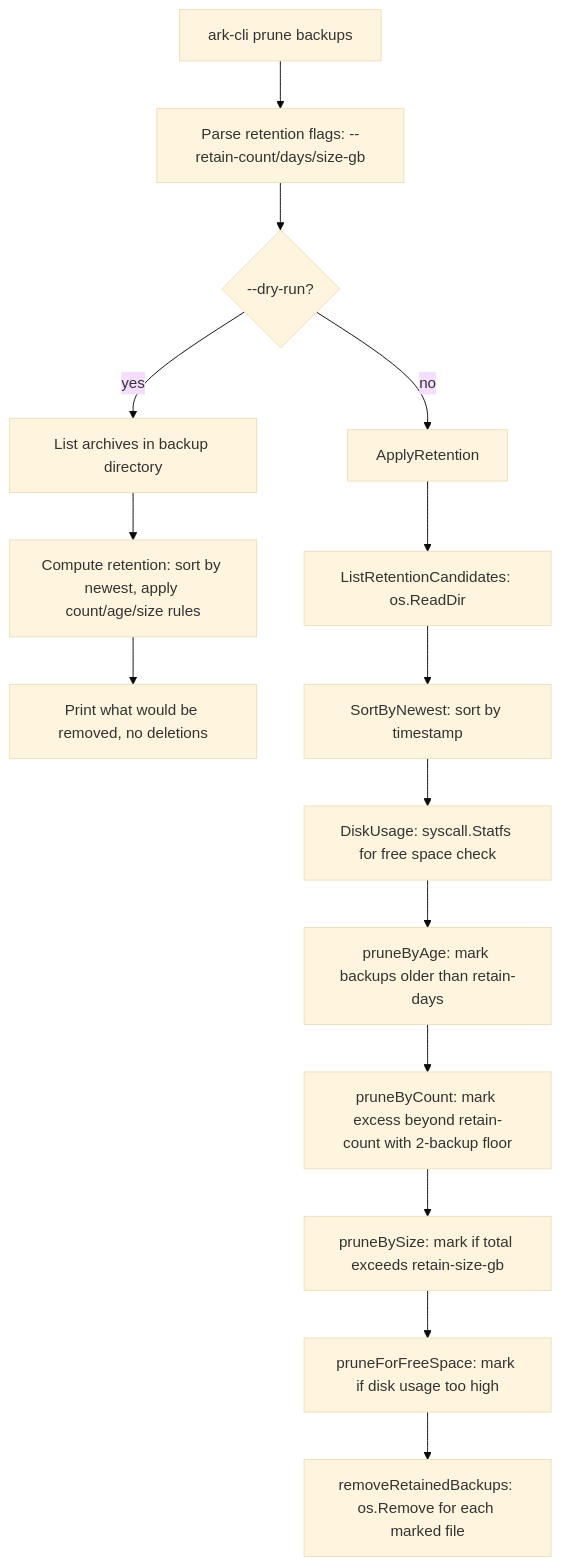
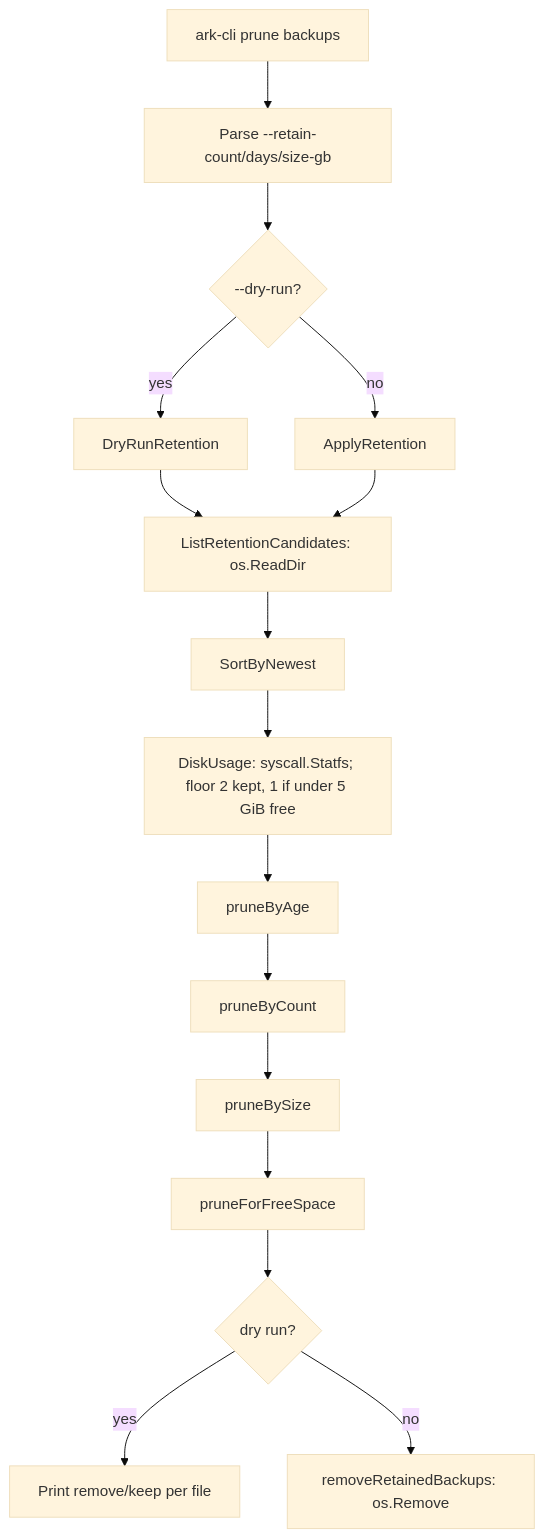
Before and after one commit to bryanwieg/arkascended-server: diagram 12 of 12 in docs/dev/reference/runtime-call-graph.md, drawn with Mermaid (base theme). The commit also changed other lines of this file and 38 other files, not shown here.

````diff
--- a/docs/dev/reference/runtime-call-graph.md
+++ b/docs/dev/reference/runtime-call-graph.md
@@ -306,19 +322,18 @@
 ```mermaid
 flowchart TD
-    A[ark-cli prune backups] --> B[Parse retention flags: --retain-count/days/size-gb]
+    A[ark-cli prune backups] --> B[Parse --retain-count/days/size-gb]
     B --> C{--dry-run?}
-
-    C -- yes --> D[List archives in backup directory]
-    D --> E[Compute retention: sort by newest, apply count/age/size rules]
-    E --> F[Print what would be removed, no deletions]
-
-    C -- no --> G[ApplyRetention]
+    C -->|"yes"| D[DryRunRetention]
+    C -->|"no"| G[ApplyRetention]
+    D --> H
     G --> H[ListRetentionCandidates: os.ReadDir]
-    H --> I[SortByNewest: sort by timestamp]
-    I --> J[DiskUsage: syscall.Statfs for free space check]
-    J --> K[pruneByAge: mark backups older than retain-days]
-    K --> L[pruneByCount: mark excess beyond retain-count with 2-backup floor]
-    L --> M[pruneBySize: mark if total exceeds retain-size-gb]
-    M --> N[pruneForFreeSpace: mark if disk usage too high]
-    N --> O[removeRetainedBackups: os.Remove for each marked file]
+    H --> I[SortByNewest]
+    I --> J[DiskUsage: syscall.Statfs; floor 2 kept, 1 if under 5 GiB free]
+    J --> K[pruneByAge]
+    K --> L[pruneByCount]
+    L --> M[pruneBySize]
+    M --> N[pruneForFreeSpace]
+    N --> O{dry run?}
+    O -->|"yes"| P[Print remove/keep per file]
+    O -->|"no"| Q[removeRetainedBackups: os.Remove]
 ```
````
